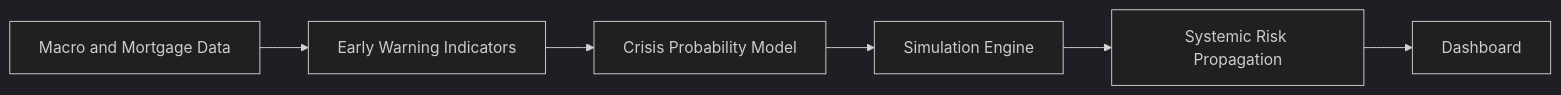
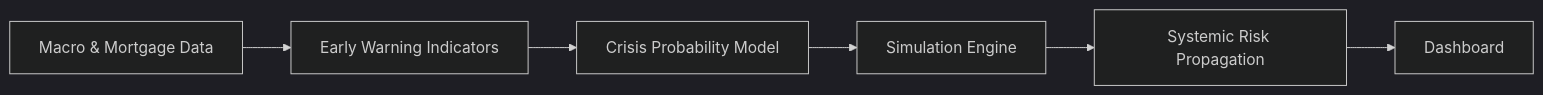
One commit to maykonlincolnusa/2008-financial-crisis changed the second of 2 diagrams in README.md. Above: the diagram before and after it, drawn with Mermaid (dark theme). The commit also changed other lines of this file, not shown here.

````diff
--- a/README.md
+++ b/README.md
@@ -161,8 +76,8 @@
 ```mermaid
 flowchart LR
-  A[Macro and Mortgage Data] --> B[Early Warning Indicators]
+  A[Macro & Mortgage Data] --> B[Early Warning Indicators]
   B --> C[Crisis Probability Model]
   C --> D[Simulation Engine]
   D --> E[Systemic Risk Propagation]
   E --> F[Dashboard]
 ```
````
